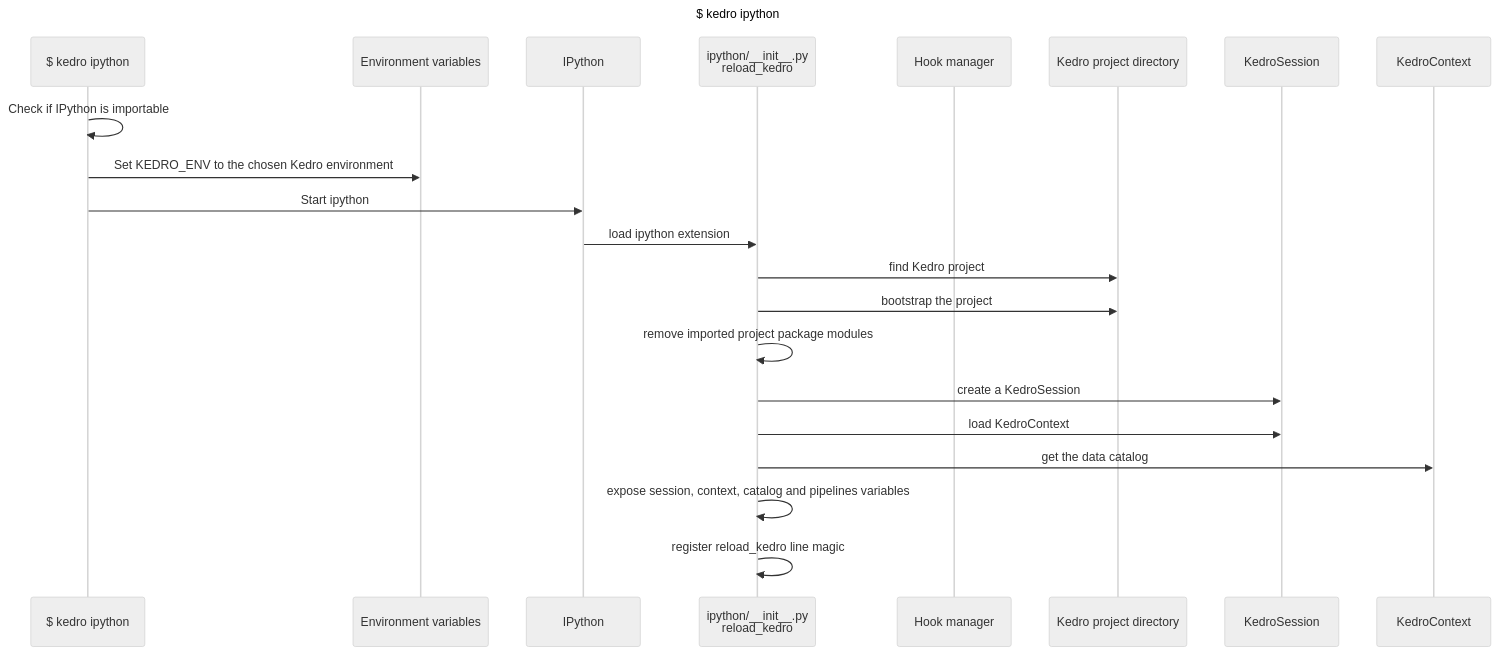
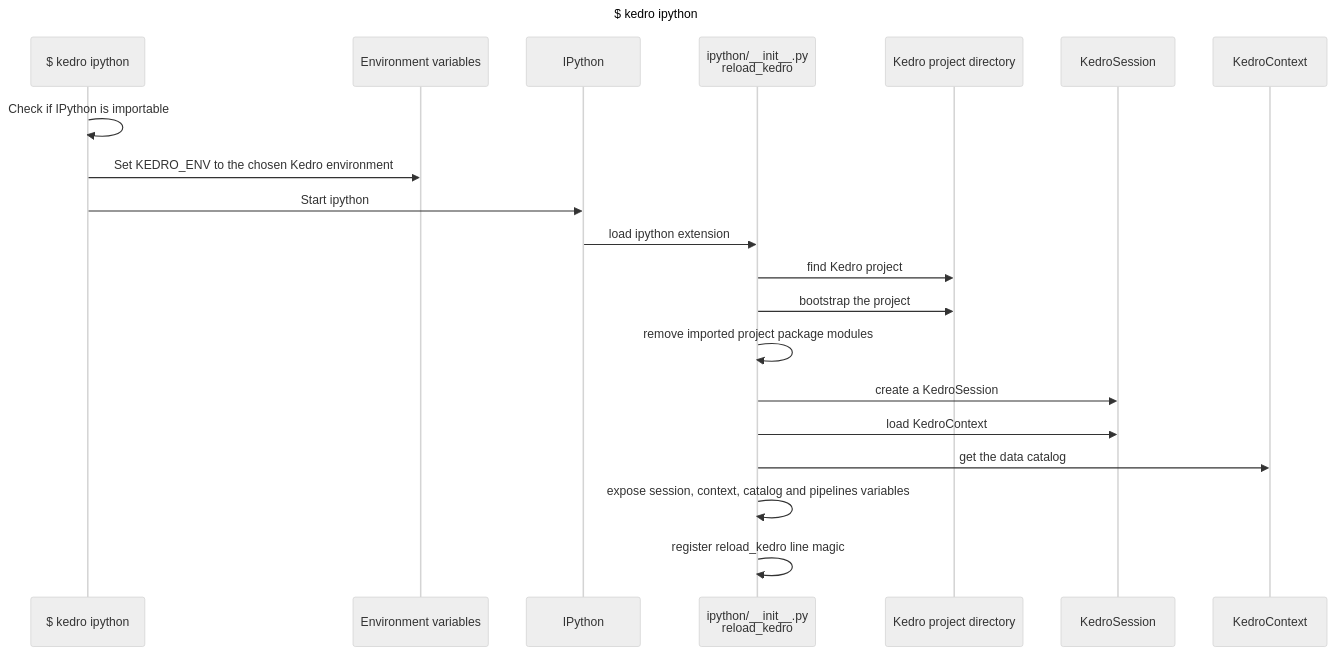
Before and after one commit to kedro-org/kedro: the diagram in docs/diagrams/kedro-ipython.md, drawn with Mermaid (neutral theme).

Commit message:
Remove unused component

````diff
--- a/docs/diagrams/kedro-ipython.md
+++ b/docs/diagrams/kedro-ipython.md
@@ -1,26 +1,25 @@
 ```mermaid
 sequenceDiagram
     title $ kedro ipython
 
     participant cli as $ kedro ipython
     participant env as Environment variables
     participant ipython as IPython
     participant entrypoint as ipython/__init__.py <br> reload_kedro
-    participant hook_manager as Hook manager
     participant project as Kedro project directory
     participant session as KedroSession
     participant context as KedroContext
 
     cli->>cli: Check if IPython is importable
     cli->>env: Set KEDRO_ENV to the chosen Kedro environment
     cli->>ipython: Start ipython
     ipython->>entrypoint: load ipython extension
     entrypoint->>project: find Kedro project
     entrypoint->>project: bootstrap the project
     entrypoint->>entrypoint: remove imported project package modules
     entrypoint->>session: create a KedroSession
     entrypoint->>session: load KedroContext
     entrypoint->>context: get the data catalog
     entrypoint->>entrypoint: expose session, context, catalog and pipelines variables
     entrypoint->>entrypoint: register reload_kedro line magic
 ```
````
